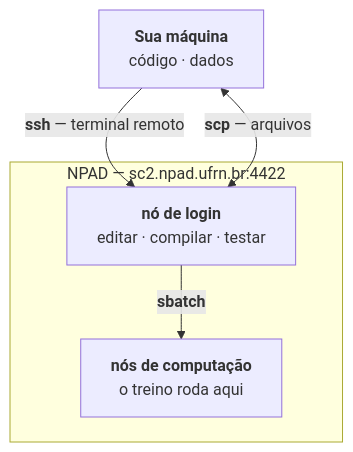
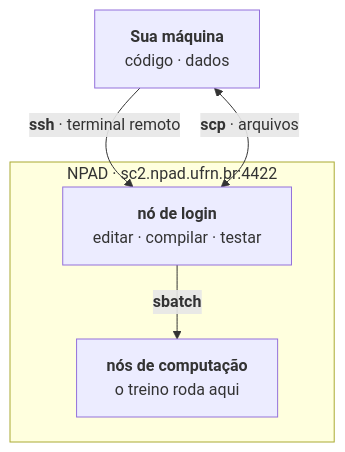
Before and after one commit to heltonmaia/fishell: the diagram in README.md, drawn with Mermaid. The commit also changed other lines of this file and 10 other files, not shown here.

````diff
--- a/README.md
+++ b/README.md
@@ -17,13 +17,13 @@
 ```mermaid
 flowchart TB
     A["<b>Sua máquina</b><br/>código · dados"]
 
-    subgraph NPAD["NPAD — sc2.npad.ufrn.br:4422"]
+    subgraph NPAD["NPAD · sc2.npad.ufrn.br:4422"]
         B["<b>nó de login</b><br/>editar · compilar · testar"]
         C["<b>nós de computação</b><br/>o treino roda aqui"]
         B -->|"<b>sbatch</b>"| C
     end
 
-    A -->|"<b>ssh</b> — terminal remoto"| B
-    A <-->|"<b>scp</b> — arquivos"| B
+    A -->|"<b>ssh</b> · terminal remoto"| B
+    A <-->|"<b>scp</b> · arquivos"| B
 ```
````
